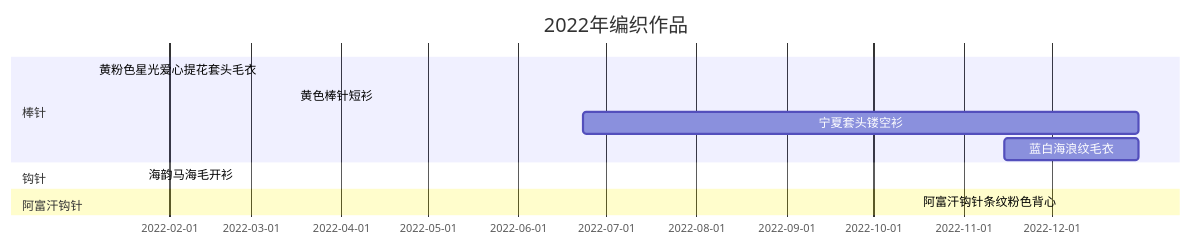
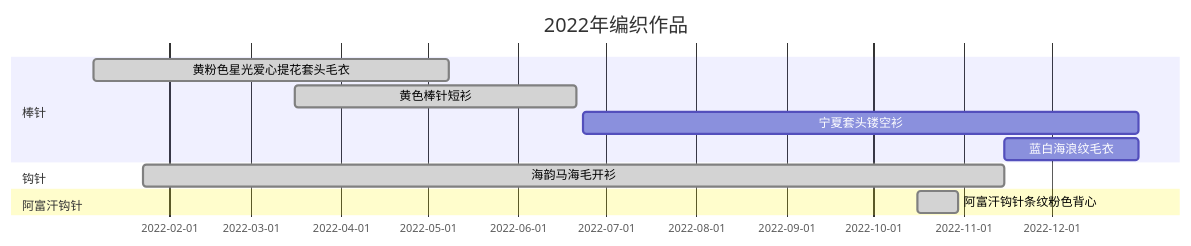
Before and after one commit to JiYouMCC/JiYouMCC.github.io: the diagram in _posts/2019-01-29-86.markdown, drawn with Mermaid.

````diff
--- a/_posts/2019-01-29-86.markdown
+++ b/_posts/2019-01-29-86.markdown
@@ -18,13 +18,14 @@
 ```mermaid
 gantt
-    title 2022年编织作品
+    dateFormat  YYYY-MM-DD
+    title 2022年编织作品    
     section 棒针
     黄粉色星光爱心提花套头毛衣   :done,   2022-01-06, 2022-05-08
     黄色棒针短衫                :done,   2022-03-16, 2022-06-21
     宁夏套头镂空衫              :active  2022-06-23,191d
     蓝白海浪纹毛衣              :active  2022-11-15, 46d 
     section 钩针
     海韵马海毛开衫              :done,  2022-01-23, 2022-11-15 
     section 阿富汗钩针
     阿富汗钩针条纹粉色背心       :done,  2022-10-16, 2022-10-30  
 ```
````
